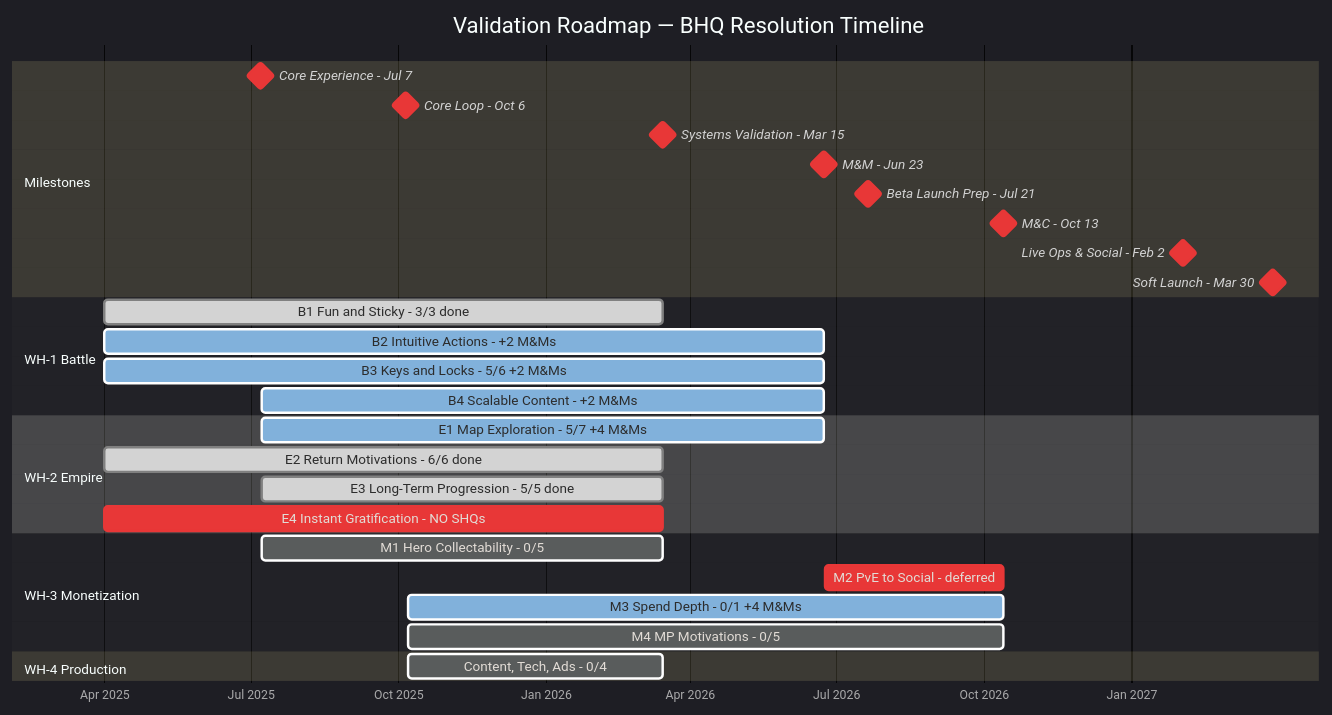
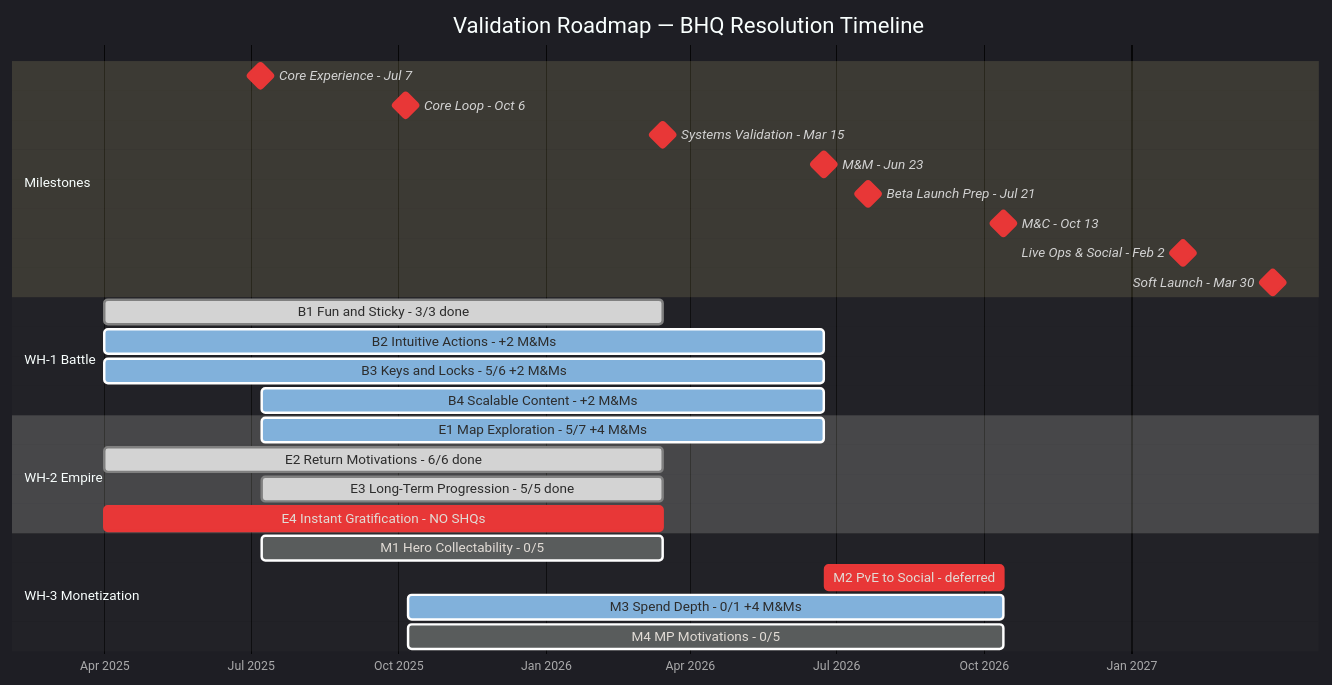
One commit to timwilliams-prod/proj-chimera-documentation-brain changed the first of 2 diagrams in planning/ValidationRoadmap.md. Above: the diagram before and after it, drawn with Mermaid. The commit also changed other lines of this file and 2 other files, not shown here.

Commit message:
Updating Validation Roadmap and product_targets.md

````diff
--- a/planning/ValidationRoadmap.md
+++ b/planning/ValidationRoadmap.md
@@ -59,39 +59,37 @@
 ```mermaid
 %%{init: {'theme': 'dark'}}%%
 gantt
     title Validation Roadmap — BHQ Resolution Timeline
     dateFormat YYYY-MM-DD
     axisFormat %b %Y
     tickInterval 3month
 
     section Milestones
     Core Experience - Jul 7          :crit, milestone, 2025-07-07, 0d
     Core Loop - Oct 6                :crit, milestone, 2025-10-06, 0d
     Systems Validation - Mar 15      :crit, milestone, 2026-03-15, 0d
     M&M - Jun 23                     :crit, milestone, 2026-06-23, 0d
     Beta Launch Prep - Jul 21        :crit, milestone, 2026-07-21, 0d
     M&C - Oct 13                     :crit, milestone, 2026-10-13, 0d
     Live Ops & Social - Feb 2        :crit, milestone, 2027-02-02, 0d
     Soft Launch - Mar 30             :crit, milestone, 2027-03-30, 0d
 
     section WH-1 Battle
     B1 Fun and Sticky - 3/3 done          :done, 2025-04-01, 2026-03-15
     B2 Intuitive Actions - +2 M&Ms        :active, 2025-04-01, 2026-06-23
     B3 Keys and Locks - 5/6 +2 M&Ms       :active, 2025-04-01, 2026-06-23
     B4 Scalable Content - +2 M&Ms         :active, 2025-07-08, 2026-06-23
 
     section WH-2 Empire
     E1 Map Exploration - 5/7 +4 M&Ms      :active, 2025-07-08, 2026-06-23
     E2 Return Motivations - 6/6 done      :done, 2025-04-01, 2026-03-15
     E3 Long-Term Progression - 5/5 done   :done, 2025-07-08, 2026-03-15
     E4 Instant Gratification - NO SHQs    :crit, 2025-04-01, 2026-03-15
 
     section WH-3 Monetization
     M1 Hero Collectability - 0/5          :2025-07-08, 2026-03-15
     M2 PvE to Social - deferred           :crit, 2026-06-24, 2026-10-13
     M3 Spend Depth - 0/1 +4 M&Ms          :active, 2025-10-07, 2026-10-13
     M4 MP Motivations - 0/5              :2025-10-07, 2026-10-13
 
-    section WH-4 Production
-    Content, Tech, Ads - 0/4              :2025-10-07, 2026-03-15
 ```
````
